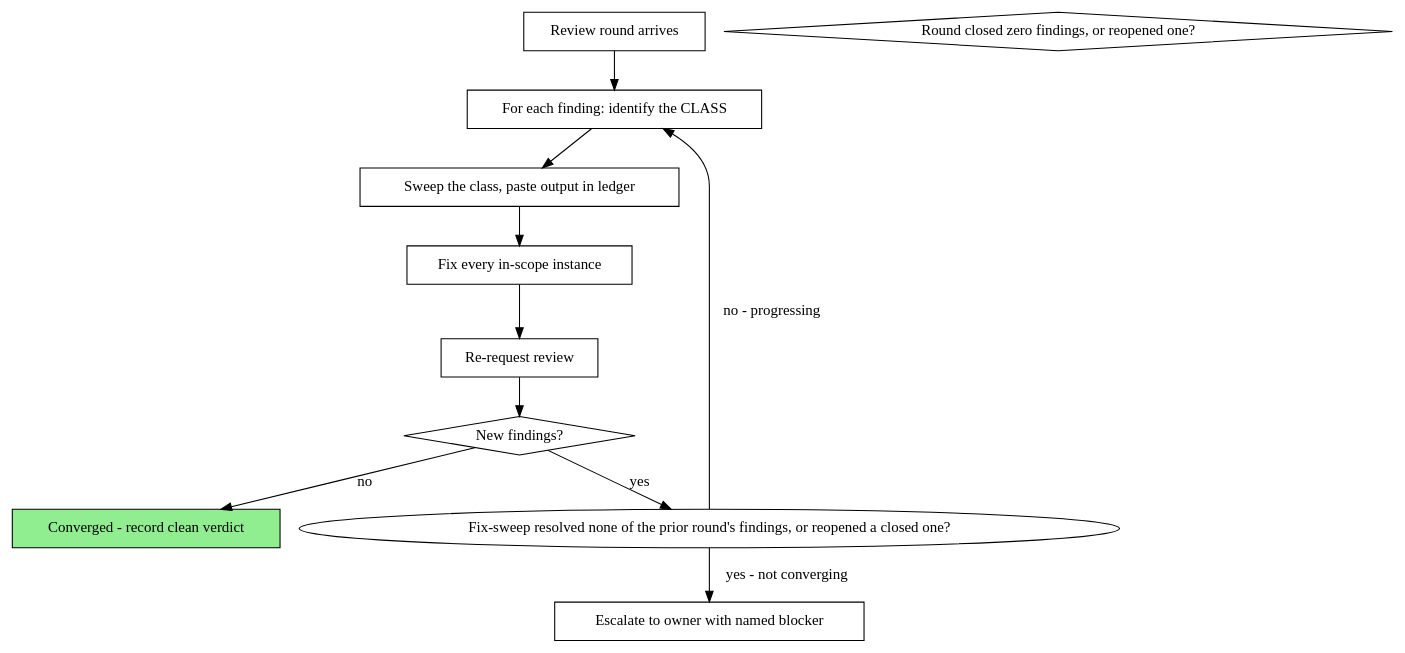
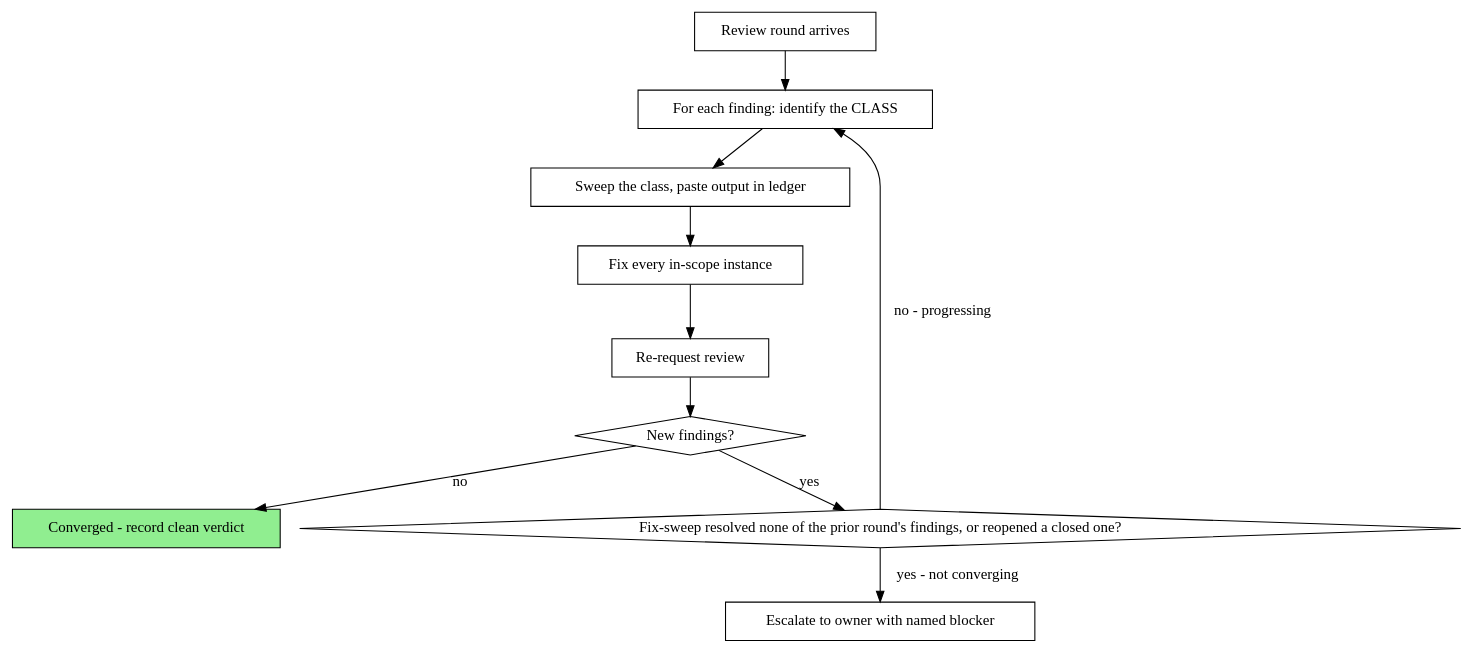
The second of 2 diagrams in skills/build-all/SKILL.md (Claudfather/clauDNA), drawn with Graphviz before and after one commit. The commit also changed other lines of this file and 5 other files, not shown here.

````diff
--- a/skills/build-all/SKILL.md
+++ b/skills/build-all/SKILL.md
@@ -115,23 +116,23 @@
 ```dot
 digraph convergence {
     "Review round arrives" [shape=box];
     "For each finding: identify the CLASS" [shape=box];
     "Sweep the class, paste output in ledger" [shape=box];
     "Fix every in-scope instance" [shape=box];
     "Re-request review" [shape=box];
     "New findings?" [shape=diamond];
-    "Round closed zero findings, or reopened one?" [shape=diamond];
+    "Fix-sweep resolved none of the prior round's findings, or reopened a closed one?" [shape=diamond];
     "Converged - record clean verdict" [shape=box style=filled fillcolor=lightgreen];
     "Escalate to owner with named blocker" [shape=box];
 
     "Review round arrives" -> "For each finding: identify the CLASS";
     "For each finding: identify the CLASS" -> "Sweep the class, paste output in ledger";
     "Sweep the class, paste output in ledger" -> "Fix every in-scope instance";
     "Fix every in-scope instance" -> "Re-request review";
     "Re-request review" -> "New findings?";
     "New findings?" -> "Converged - record clean verdict" [label="no"];
     "New findings?" -> "Fix-sweep resolved none of the prior round's findings, or reopened a closed one?" [label="yes"];
     "Fix-sweep resolved none of the prior round's findings, or reopened a closed one?" -> "Escalate to owner with named blocker" [label="yes - not converging"];
     "Fix-sweep resolved none of the prior round's findings, or reopened a closed one?" -> "For each finding: identify the CLASS" [label="no - progressing"];
 }
 ```
````
